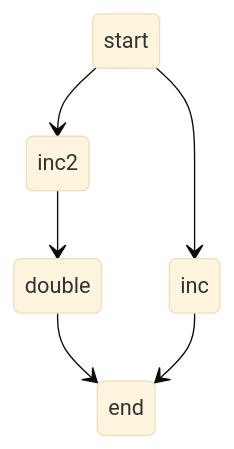
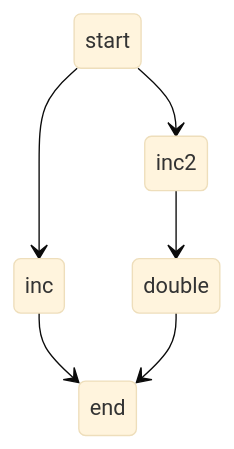
The diagram in graph/graph_visualize_test_imbalanced_nodes.md (nquangtrung/agentgo), drawn with Mermaid (base theme) before and after one commit. The commit also changed other lines of this file and 10 other files, not shown here.

````diff
--- a/graph/graph_visualize_test_imbalanced_nodes.md
+++ b/graph/graph_visualize_test_imbalanced_nodes.md
@@ -1,14 +1,14 @@
 ```mermaid
 stateDiagram-v2
+    state "start" as start
+    state "end" as end
     state "inc" as inc
     state "inc2" as inc2
     state "double" as double
-    state "start" as start
-    state "end" as end
-    double --> end : 
     start --> inc : 
     start --> inc2 : 
     inc2 --> double : 
     inc --> end : 
+    double --> end : 
 
 ```
````
